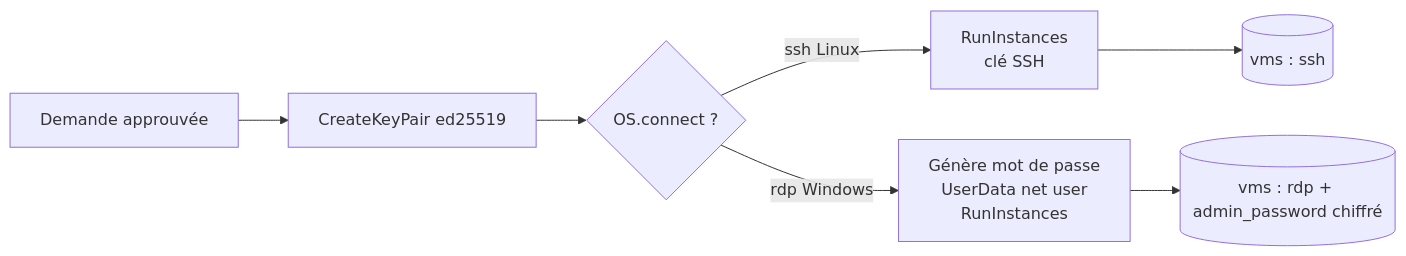
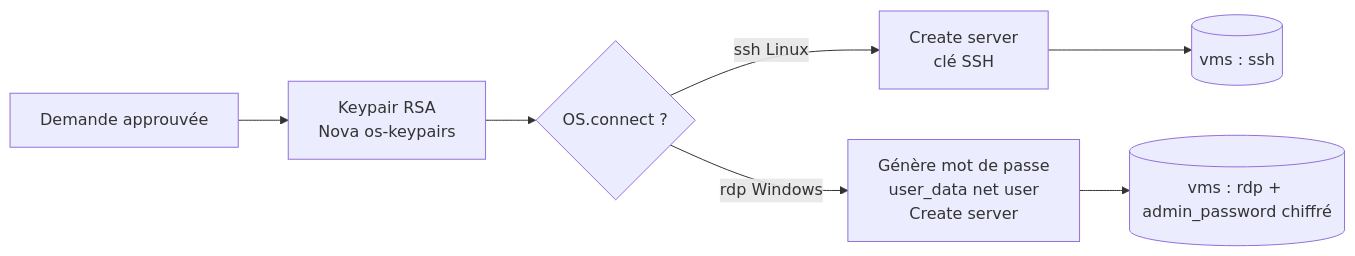
The fifth of 5 diagrams in docs/ARCHITECTURE.md (Thomas-TP/GIT-VM-OpenStack), drawn with Mermaid before and after one commit. The commit also changed other lines of this file and 23 other files, not shown here.

````diff
--- a/docs/ARCHITECTURE.md
+++ b/docs/ARCHITECTURE.md
@@ -165,9 +166,9 @@
 ```mermaid
 flowchart LR
-    R[Demande approuvée] --> K[CreateKeyPair ed25519]
+    R[Demande approuvée] --> K[Keypair RSA<br/>Nova os-keypairs]
     K --> O{OS.connect ?}
-    O -->|ssh Linux| L[RunInstances<br/>clé SSH]
-    O -->|rdp Windows| Wn[Génère mot de passe<br/>UserData net user<br/>RunInstances]
+    O -->|ssh Linux| L[Create server<br/>clé SSH]
+    O -->|rdp Windows| Wn[Génère mot de passe<br/>user_data net user<br/>Create server]
     L --> V[(vms : ssh)]
     Wn --> Vp[(vms : rdp + admin_password chiffré)]
 ```
````
